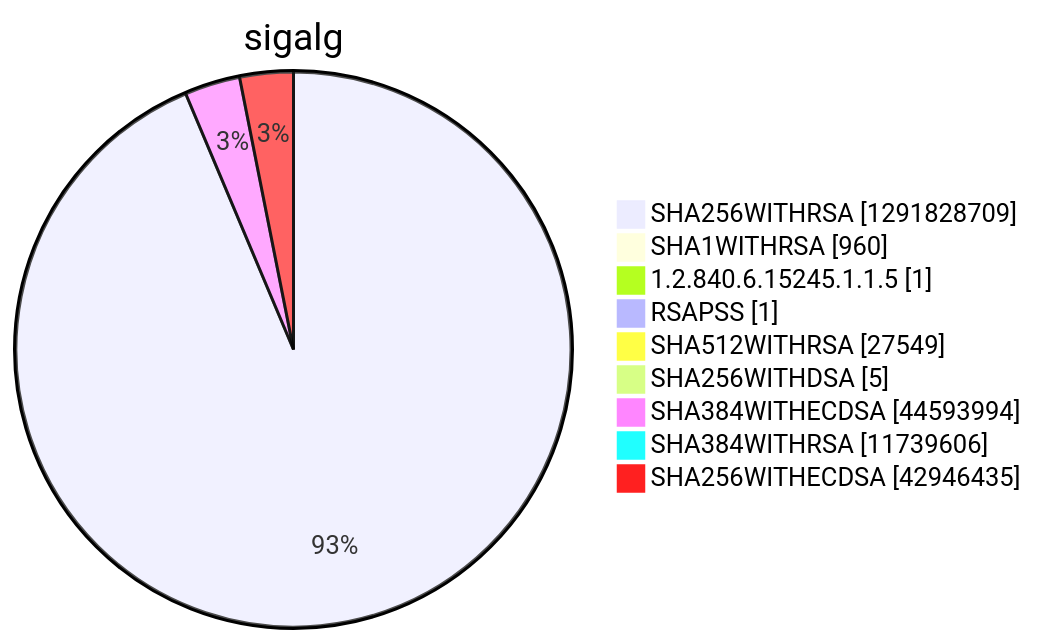
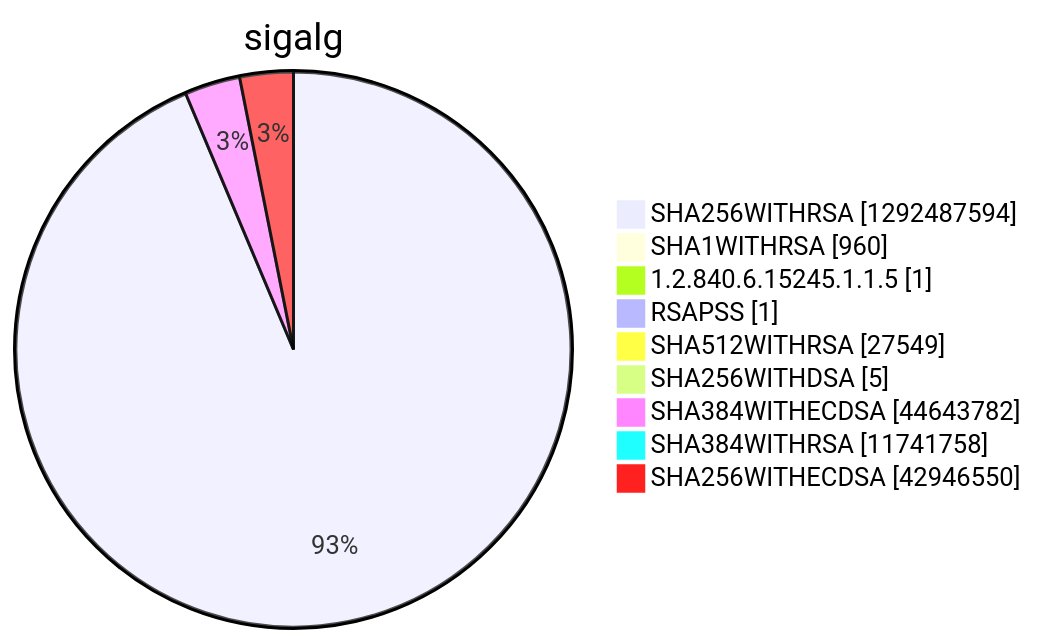
Diagram 15 of 15 in argon2022/README.md (christiankrug/ctmonitor_visualization), drawn with Mermaid before and after one commit. The commit also changed other lines of this file, not shown here.

````diff
--- a/argon2022/README.md
+++ b/argon2022/README.md
@@ -5523,13 +5523,13 @@
 ```mermaid
 pie showData
 title sigalg
-"SHA256WITHRSA" :1291828709
+"SHA256WITHRSA" :1292487594
 "SHA1WITHRSA" :960
 "1.2.840.6.15245.1.1.5" :1
 "RSAPSS" :1
 "SHA512WITHRSA" :27549
 "SHA256WITHDSA" :5
-"SHA384WITHECDSA" :44593994
-"SHA384WITHRSA" :11739606
-"SHA256WITHECDSA" :42946435
+"SHA384WITHECDSA" :44643782
+"SHA384WITHRSA" :11741758
+"SHA256WITHECDSA" :42946550
 ```
````
